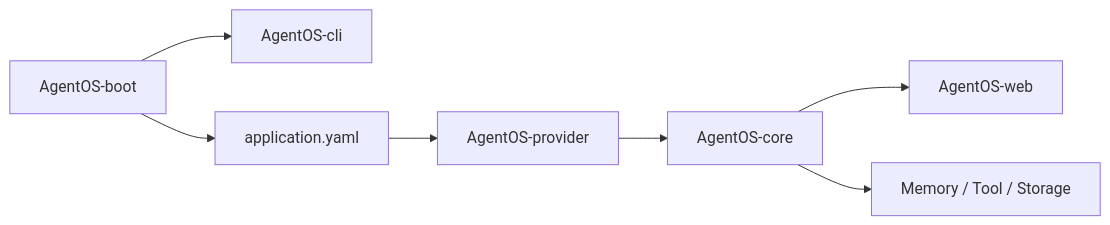
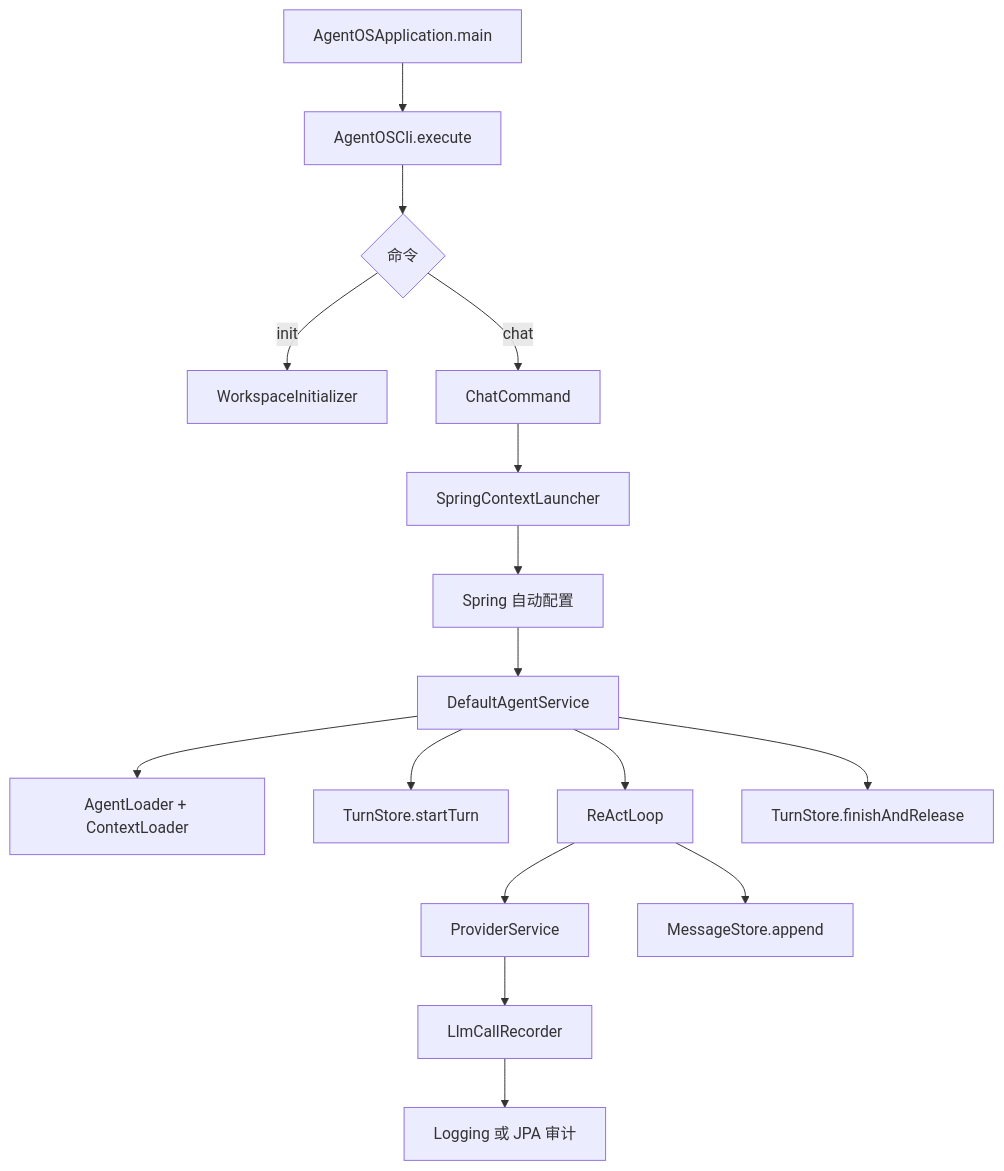
One commit to wangkaiqistart/agent-os changed the diagram in docs/code-reading/README.md. Above: the diagram before and after it, drawn with Mermaid. The commit also changed other lines of this file and 10 other files, not shown here.

````diff
--- a/docs/code-reading/README.md
+++ b/docs/code-reading/README.md
@@ -23,9 +23,18 @@
 ```mermaid
-flowchart LR
-    A[AgentOS-boot] --> B[AgentOS-cli]
-    A --> C[application.yaml]
-    C --> D[AgentOS-provider]
-    D --> E[AgentOS-core]
-    E --> F[AgentOS-web]
-    E --> G[Memory / Tool / Storage]
+flowchart TD
+    A[AgentOSApplication.main] --> B[AgentOSCli.execute]
+    B --> C{命令}
+    C -->|init| D[WorkspaceInitializer]
+    C -->|chat| E[ChatCommand]
+    E --> F[SpringContextLauncher]
+    F --> G[Spring 自动配置]
+    G --> H[DefaultAgentService]
+    H --> I[AgentLoader + ContextLoader]
+    H --> J[TurnStore.startTurn]
+    H --> K[ReActLoop]
+    K --> L[ProviderService]
+    K --> M[MessageStore.append]
+    H --> N[TurnStore.finishAndRelease]
+    L --> O[LlmCallRecorder]
+    O --> P[Logging 或 JPA 审计]
 ```
````
